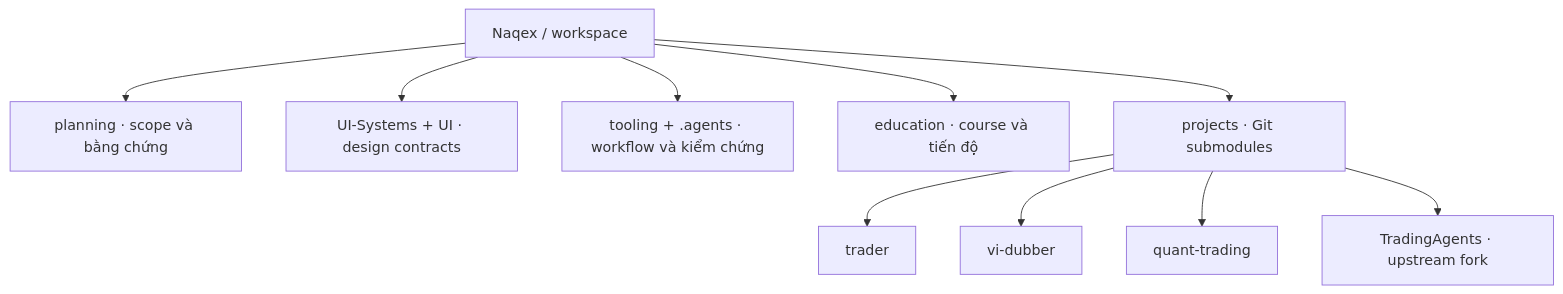
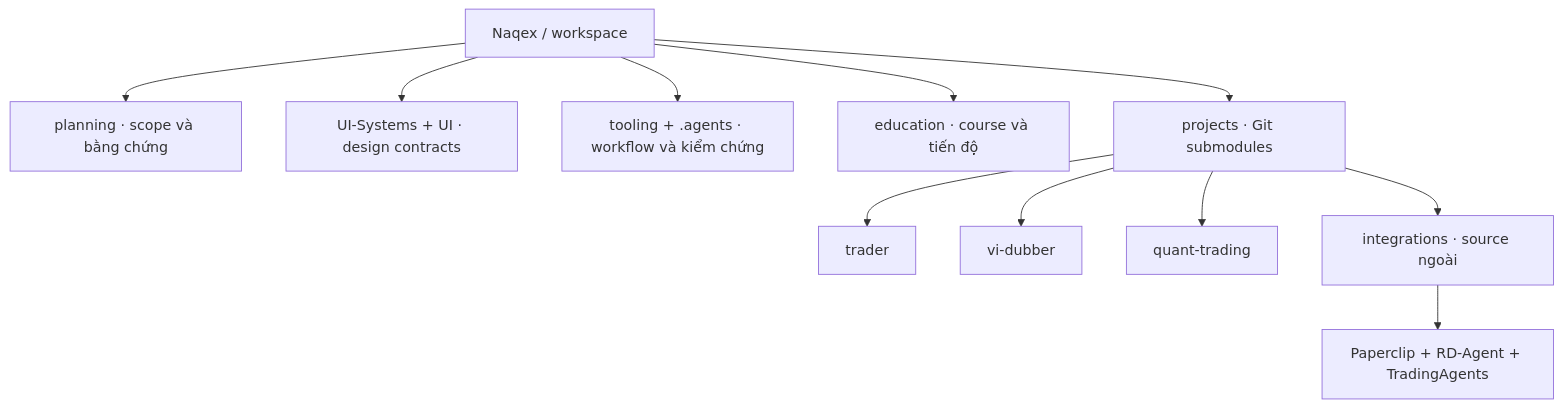
Before and after one commit to Naqex/workspace: the first of 2 diagrams in README.md, drawn with Mermaid. The commit also changed other lines of this file and 17 other files, not shown here.

First line of the commit message:
feat(integrations): adopt pinned AI sources and upstream maintenance workflow

````diff
--- a/README.md
+++ b/README.md
@@ -12,12 +12,13 @@
 ```mermaid
 flowchart TD
   W[Naqex / workspace] --> P[planning · scope và bằng chứng]
   W --> D[UI-Systems + UI · design contracts]
   W --> T[tooling + .agents · workflow và kiểm chứng]
   W --> E[education · course và tiến độ]
   W --> R[projects · Git submodules]
   R --> A[trader]
   R --> B[vi-dubber]
   R --> C[quant-trading]
-  R --> F[TradingAgents · upstream fork]
+  R --> I[integrations · source ngoài]
+  I --> F[Paperclip + RD-Agent + TradingAgents]
 ```
````
